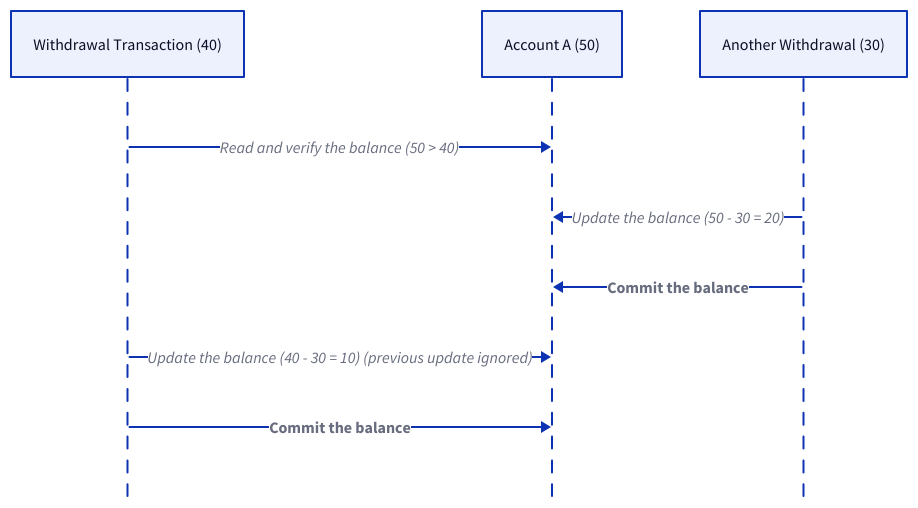
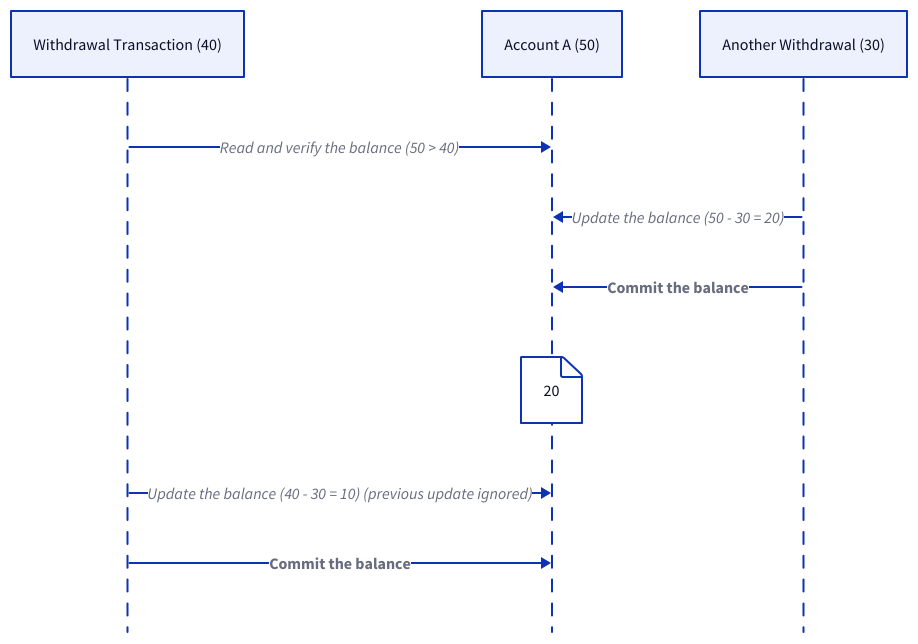
Diagram 12 of 29 in content/docs/data-persistence/sql-database/concurrency-control.md (link1905/system-design-101), drawn with D2 before and after one commit. The commit also changed other lines of this file and 40 other files, not shown here.

````diff
--- a/content/docs/data-persistence/sql-database/concurrency-control.md
+++ b/content/docs/data-persistence/sql-database/concurrency-control.md
@@ -388,17 +401,20 @@
 ```d2
 shape: sequence_diagram
 t: Withdrawal Transaction (40)
 a: Account A (50)
 t1: Another Withdrawal (30)
 t -> a: Read and verify the balance (50 > 40)
 t1 -> a: Update the balance (50 - 30 = 20)
 t1 -> a: Commit the balance {
     style.bold: true
 }
+a {
+  "20"
+}
 t -> a: Update the balance (40 - 30 = 10) (previous update ignored) {
     class: error-conn
 }
 t -> a: Commit the balance {
     style.bold: true
 }
 ```
````
